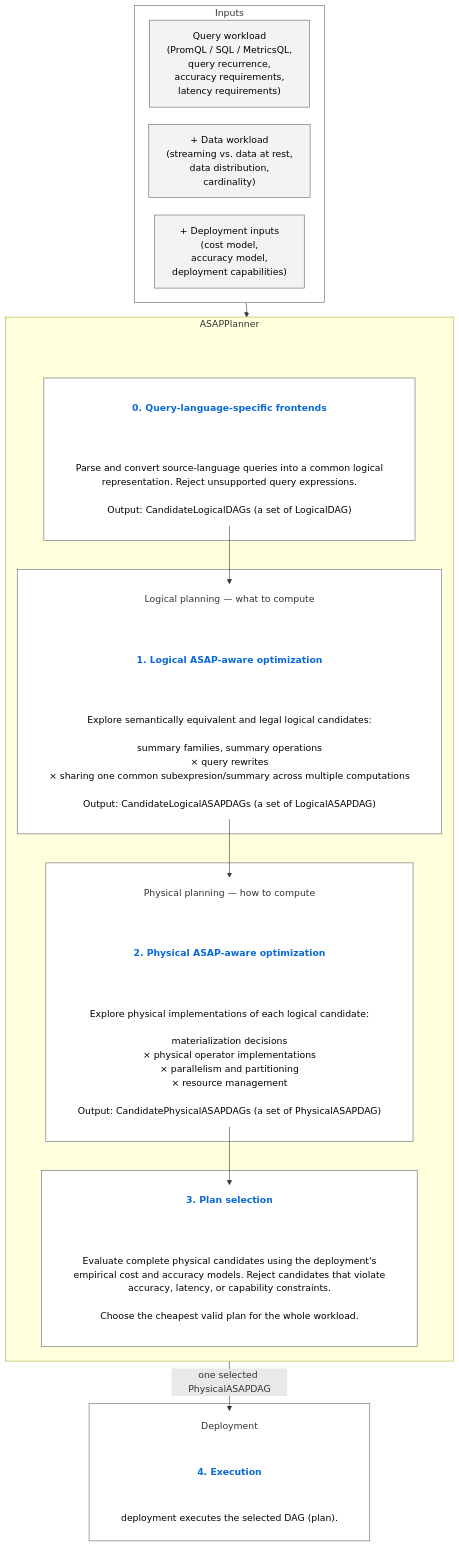
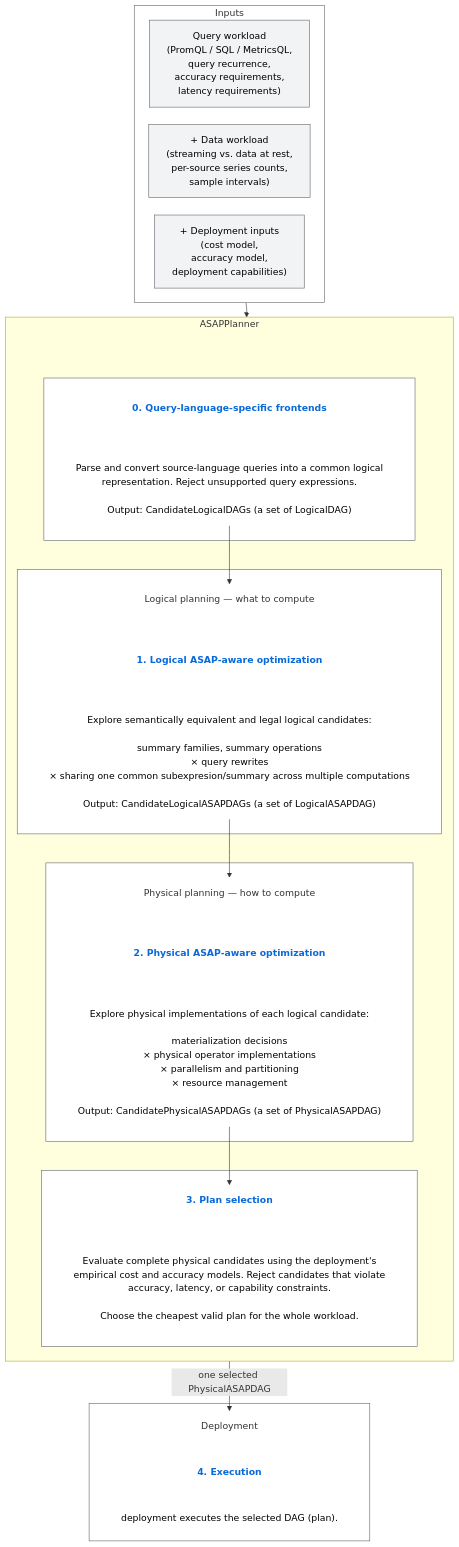
Before and after one commit to ProjectASAP/ASAPPlanner: the first of 16 diagrams in docs/design_docs/proposals/planner-layering.md, drawn with Mermaid. The commit also changed other lines of this file and 4 other files, not shown here.

First line of the commit message:
docs(design): planner-layering examples use the current DataWorkload and stage results

````diff
--- a/docs/design_docs/proposals/planner-layering.md
+++ b/docs/design_docs/proposals/planner-layering.md
@@ -159,79 +159,79 @@
 ```mermaid
 %%{init: {"flowchart": {"wrappingWidth": 900, "nodeSpacing": 30, "rankSpacing": 25}}}%%
 flowchart TB
   subgraph INPUTS["Inputs"]
     direction LR
     QW["Query workload<br/>(PromQL / SQL / MetricsQL,<br/>query recurrence,<br/>accuracy requirements,<br/>latency requirements)"]:::input
-    DW["+ Data workload<br/>(streaming vs. data at rest,<br/>data distribution,<br/>cardinality)"]:::input
+    DW["+ Data workload<br/>(streaming vs. data at rest,<br/>per-source series counts,<br/>sample intervals)"]:::input
     DI["+ Deployment inputs<br/>(cost model,<br/>accuracy model,<br/>deployment capabilities)"]:::input
   end
 
   subgraph PLANNER["ASAPPlanner"]
     direction TB
     TOP[" "]:::anchor
     TOP ~~~ H0
     subgraph ST0[" "]
       H0["0. Query-language-specific frontends"]:::title
       B0["Parse and convert source-language queries into a common logical<br/>representation. Reject unsupported query expressions.<br/><br/>Output: CandidateLogicalDAGs (a set of LogicalDAG)"]:::body
       H0 ~~~ B0
     end
 
     subgraph LOGICAL[" "]
       LT["Logical planning — what to compute"]:::group
       LT ~~~ H1
       H1["1. Logical ASAP-aware optimization"]:::title
       B1["Explore semantically equivalent and legal logical candidates:<br/><br/>summary families, summary operations<br/>× query rewrites<br/>× sharing one common subexpresion/summary across multiple computations<br/><br/>Output: CandidateLogicalASAPDAGs (a set of LogicalASAPDAG)"]:::body
       H1 ~~~ B1
     end
 
     subgraph PHYSICAL[" "]
       PT["Physical planning — how to compute"]:::group
       PT ~~~ H2
       H2["2. Physical ASAP-aware optimization"]:::title
       B2["Explore physical implementations of each logical candidate:<br/><br/>materialization decisions<br/>× physical operator implementations<br/>× parallelism and partitioning<br/>× resource management<br/><br/>Output: CandidatePhysicalASAPDAGs (a set of PhysicalASAPDAG)"]:::body
       H2 ~~~ B2
     end
 
     subgraph ST3[" "]
       H3["3. Plan selection"]:::title
       B3["Evaluate complete physical candidates using the deployment's<br/>empirical cost and accuracy models. Reject candidates that violate<br/>accuracy, latency, or capability constraints.<br/><br/>Choose the cheapest valid plan for the whole workload."]:::body
       H3 ~~~ B3
     end
 
     B0 --> LT
     B1 --> PT
     B2 --> H3
   end
 
   subgraph DEPLOY[" "]
     DT["Deployment"]:::group
     DT ~~~ H4
     H4["4. Execution"]:::title
     B4["deployment executes the selected DAG (plan)."]:::body
     H4 ~~~ B4
   end
 
   QW ~~~ TOP
   DW ~~~ TOP
   DI ~~~ TOP
   INPUTS --> TOP
   B3 -- "one selected PhysicalASAPDAG" --> DT
 
   click H0 href "#0-language-specific-frontends"
   click H1 href "#1-logical-asap-aware-optimization"
   click H2 href "#2-physical-asap-aware-optimization"
   click H3 href "#3-plan-selection"
   click H4 href "#4-execution"
 
   classDef input fill:#f1f3f4,stroke:#5f6368,color:#000;
   classDef title fill:none,stroke:none,color:#0969da,font-weight:bold;
   classDef anchor fill:none,stroke:none,font-size:1px;
   classDef group fill:none,stroke:none,color:#333;
   classDef body fill:none,stroke:none,color:#000;
   style INPUTS fill:#fff,stroke:#5f6368;
   style ST0 fill:#fff,stroke:#5f6368;
   style LOGICAL fill:#fff,stroke:#5f6368;
   style PHYSICAL fill:#fff,stroke:#5f6368;
   style ST3 fill:#fff,stroke:#5f6368;
   style DEPLOY fill:#fff,stroke:#5f6368;
 ```
````
